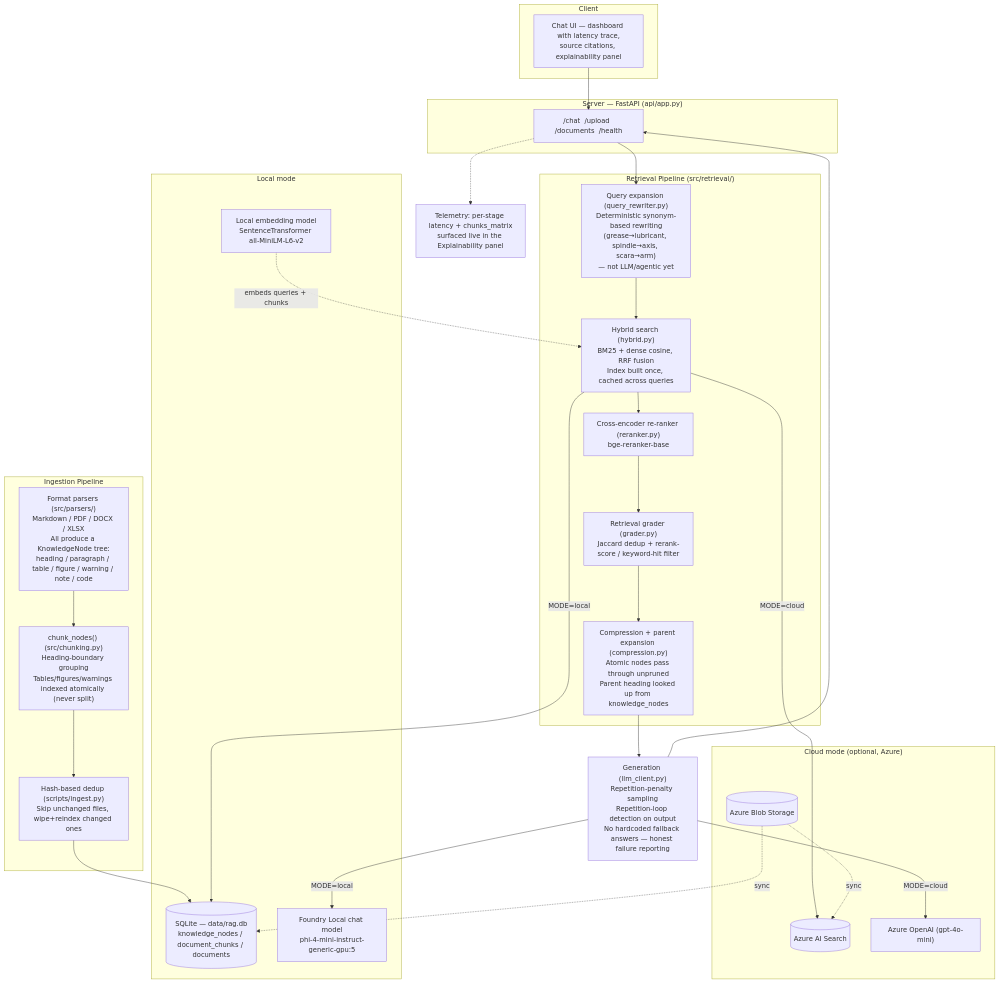
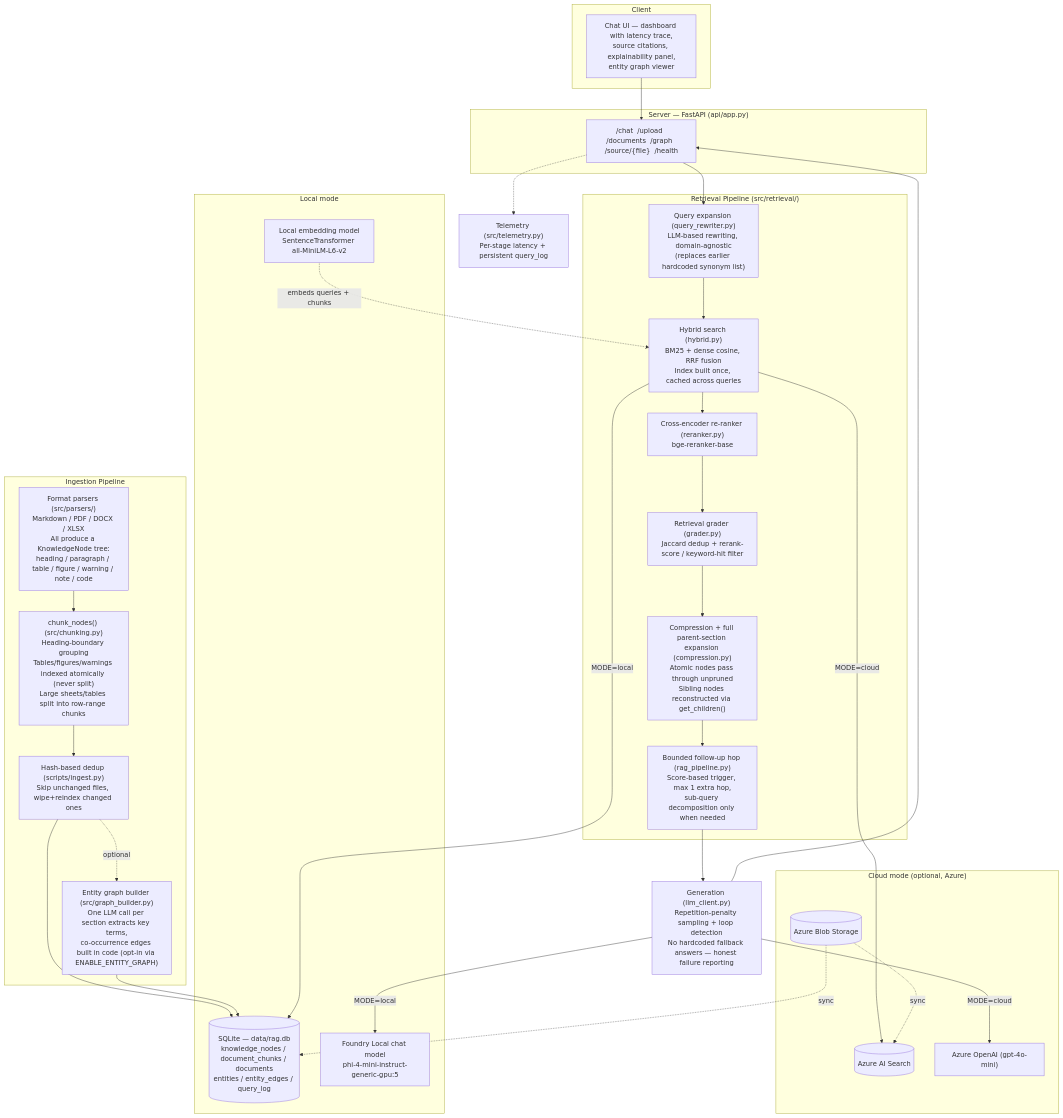
The first of 2 diagrams in README.md (MEK-0/Local-Rag-Foundry-assistant), drawn with Mermaid before and after one commit. The commit also changed other lines of this file, not shown here.

First line of the commit message:
docs(readme): update architecture, feature status, and add measured latency table

````diff
--- a/README.md
+++ b/README.md
@@ -45,52 +49,55 @@
 ```mermaid
 flowchart TB
     subgraph Client["Client"]
-        UI["Chat UI — dashboard with latency trace,\nsource citations, explainability panel"]
+        UI["Chat UI — dashboard with latency trace,\nsource citations, explainability panel,\nentity graph viewer"]
     end
 
     subgraph Server["Server — FastAPI (api/app.py)"]
-        API["/chat  /upload  /documents  /health"]
+        API["/chat  /upload  /documents  /graph  /source/{file}  /health"]
     end
 
     subgraph Ingestion["Ingestion Pipeline"]
         PARSE["Format parsers (src/parsers/)\nMarkdown / PDF / DOCX / XLSX\nAll produce a KnowledgeNode tree:\nheading / paragraph / table / figure / warning / note / code"]
-        CHUNK["chunk_nodes() (src/chunking.py)\nHeading-boundary grouping\nTables/figures/warnings indexed atomically (never split)"]
+        CHUNK["chunk_nodes() (src/chunking.py)\nHeading-boundary grouping\nTables/figures/warnings indexed atomically (never split)\nLarge sheets/tables split into row-range chunks"]
         HASH["Hash-based dedup (scripts/ingest.py)\nSkip unchanged files, wipe+reindex changed ones"]
+        GRAPH["Entity graph builder (src/graph_builder.py)\nOne LLM call per section extracts key terms,\nco-occurrence edges built in code (opt-in via ENABLE_ENTITY_GRAPH)"]
     end
 
     subgraph Retrieval["Retrieval Pipeline (src/retrieval/)"]
-        RW["Query expansion (query_rewriter.py)\nDeterministic synonym-based rewriting\n(grease→lubricant, spindle→axis, scara→arm)\n— not LLM/agentic yet"]
+        RW["Query expansion (query_rewriter.py)\nLLM-based rewriting, domain-agnostic\n(replaces earlier hardcoded synonym list)"]
         HYB["Hybrid search (hybrid.py)\nBM25 + dense cosine, RRF fusion\nIndex built once, cached across queries"]
         RR["Cross-encoder re-ranker (reranker.py)\nbge-reranker-base"]
         GR["Retrieval grader (grader.py)\nJaccard dedup + rerank-score / keyword-hit filter"]
-        COMP["Compression + parent expansion (compression.py)\nAtomic nodes pass through unpruned\nParent heading looked up from knowledge_nodes"]
+        COMP["Compression + full parent-section expansion (compression.py)\nAtomic nodes pass through unpruned\nSibling nodes reconstructed via get_children()"]
+        HOP["Bounded follow-up hop (rag_pipeline.py)\nScore-based trigger, max 1 extra hop,\nsub-query decomposition only when needed"]
     end
 
     subgraph Local["Local mode"]
-        SQL[("SQLite — data/rag.db\nknowledge_nodes / document_chunks / documents")]
+        SQL[("SQLite — data/rag.db\nknowledge_nodes / document_chunks / documents\nentities / entity_edges / query_log")]
         FL_CHAT["Foundry Local chat model\nphi-4-mini-instruct-generic-gpu:5"]
         FL_EMB["Local embedding model\nSentenceTransformer all-MiniLM-L6-v2"]
     end
 
     subgraph Cloud["Cloud mode (optional, Azure)"]
         AIS[("Azure AI Search")]
         BLOB[("Azure Blob Storage")]
         AOAI["Azure OpenAI (gpt-4o-mini)"]
     end
 
-    GEN["Generation (llm_client.py)\nRepetition-penalty sampling\nRepetition-loop detection on output\nNo hardcoded fallback answers — honest failure reporting"]
-    TEL["Telemetry: per-stage latency + chunks_matrix\nsurfaced live in the Explainability panel"]
+    GEN["Generation (llm_client.py)\nRepetition-penalty sampling + loop detection\nNo hardcoded fallback answers — honest failure reporting"]
+    TEL["Telemetry (src/telemetry.py)\nPer-stage latency + persistent query_log"]
 
     UI --> API
     PARSE --> CHUNK --> HASH --> SQL
-    API --> RW --> HYB --> RR --> GR --> COMP --> GEN
+    HASH -.optional.-> GRAPH --> SQL
+    API --> RW --> HYB --> RR --> GR --> COMP --> HOP --> GEN
     HYB -->|MODE=local| SQL
     HYB -->|MODE=cloud| AIS
     FL_EMB -.embeds queries + chunks.-> HYB
     GEN -->|MODE=local| FL_CHAT
     GEN -->|MODE=cloud| AOAI
     BLOB -.sync.-> SQL
     BLOB -.sync.-> AIS
     API -.-> TEL
     GEN --> API
 ```
````
